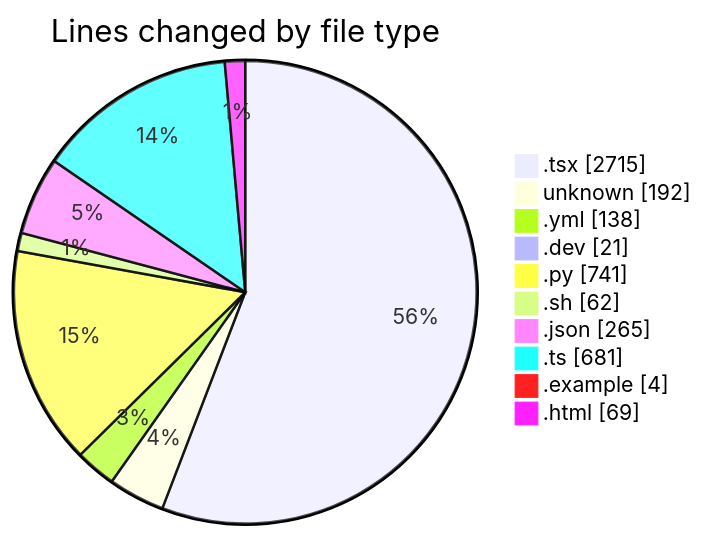
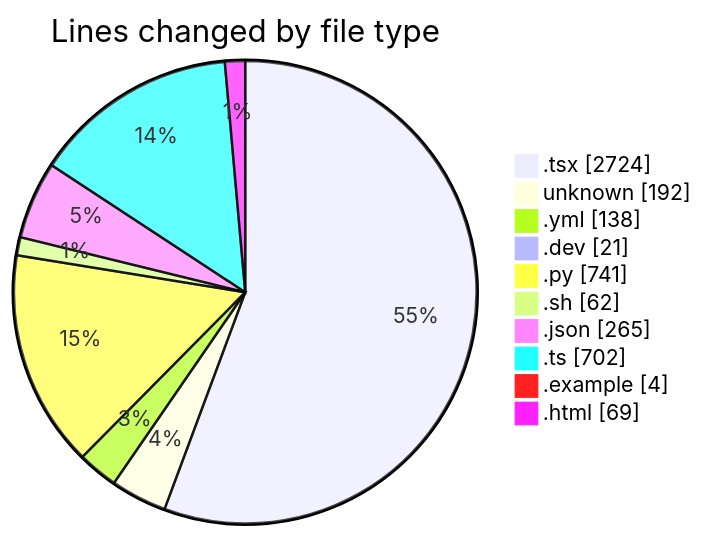
One commit to Elitesun/code-tracking changed the first of 2 diagrams in 2025-05-18/niten/README.md. Above: the diagram before and after it, drawn with Mermaid. The commit also changed other lines of this file and 1 other file, not shown here.

````diff
--- a/2025-05-18/niten/README.md
+++ b/2025-05-18/niten/README.md
@@ -54,14 +55,14 @@
 ```mermaid
 pie showData
 title Lines changed by file type
-".tsx" : 2715
+".tsx" : 2724
 "unknown" : 192
 ".yml" : 138
 ".dev" : 21
 ".py" : 741
 ".sh" : 62
 ".json" : 265
-".ts" : 681
+".ts" : 702
 ".example" : 4
 ".html" : 69
 ```
````
